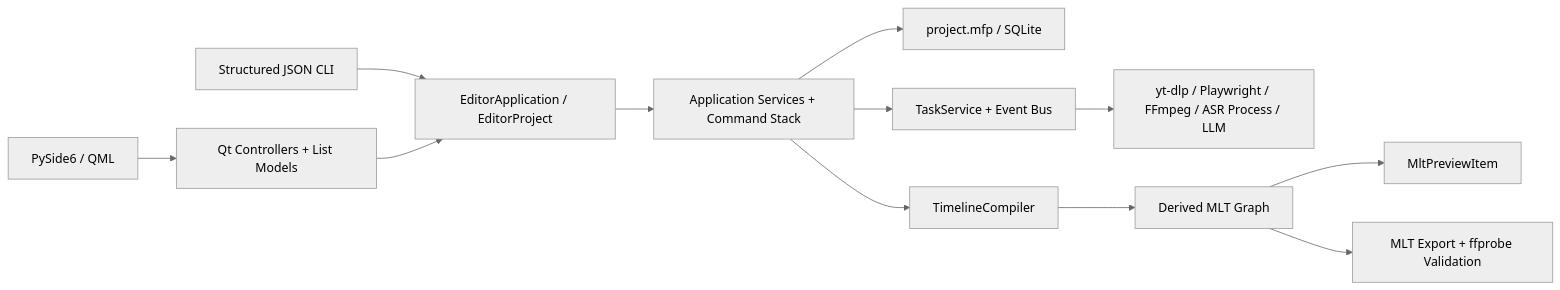
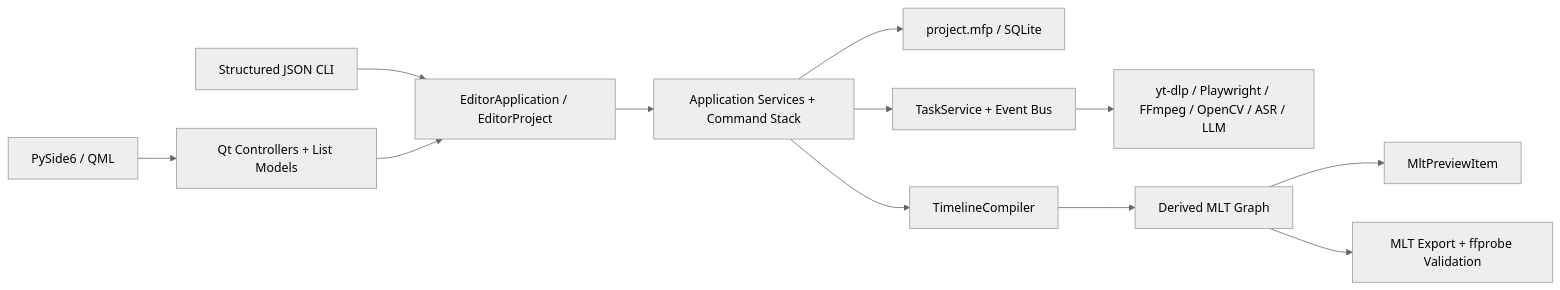
The diagram in ARCHITECTURE.md (CheshireMew/MediaFlow-Pro), drawn with Mermaid (neutral theme) before and after one commit. The commit also changed other lines of this file and 142 other files, not shown here.

````diff
--- a/ARCHITECTURE.md
+++ b/ARCHITECTURE.md
@@ -13,14 +13,14 @@
 ```mermaid
 flowchart LR
     QML["PySide6 / QML"] --> CTRL["Qt Controllers + List Models"]
     CLI["Structured JSON CLI"] --> API["EditorApplication / EditorProject"]
     CTRL --> API
     API --> APP["Application Services + Command Stack"]
     APP --> DB["project.mfp / SQLite"]
     APP --> TASK["TaskService + Event Bus"]
-    TASK --> IO["yt-dlp / Playwright / FFmpeg / ASR Process / LLM"]
+    TASK --> IO["yt-dlp / Playwright / FFmpeg / OpenCV / ASR / LLM"]
     APP --> COMPILER["TimelineCompiler"]
     COMPILER --> XML["Derived MLT Graph"]
     XML --> PREVIEW["MltPreviewItem"]
     XML --> EXPORT["MLT Export + ffprobe Validation"]
 ```
````
